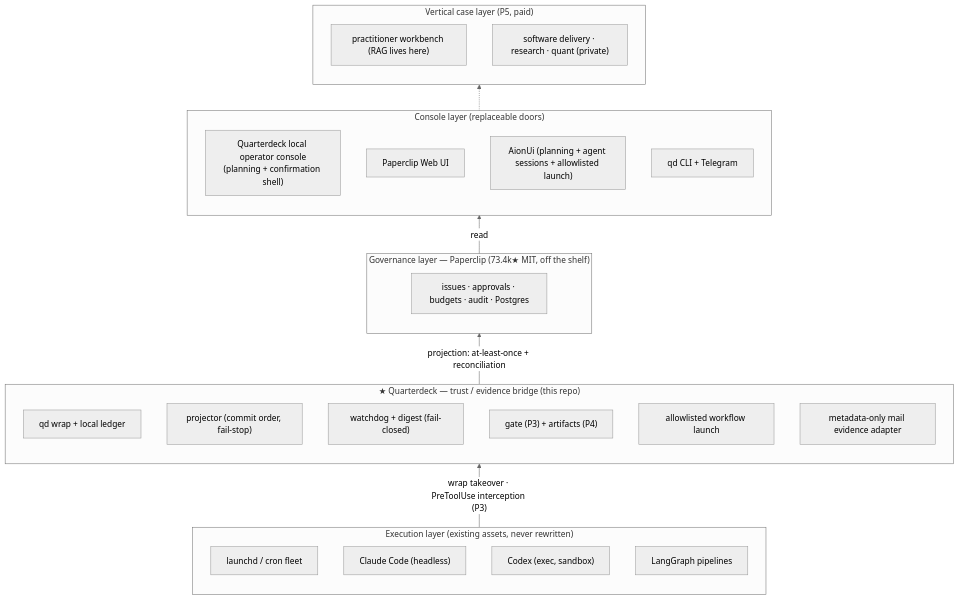
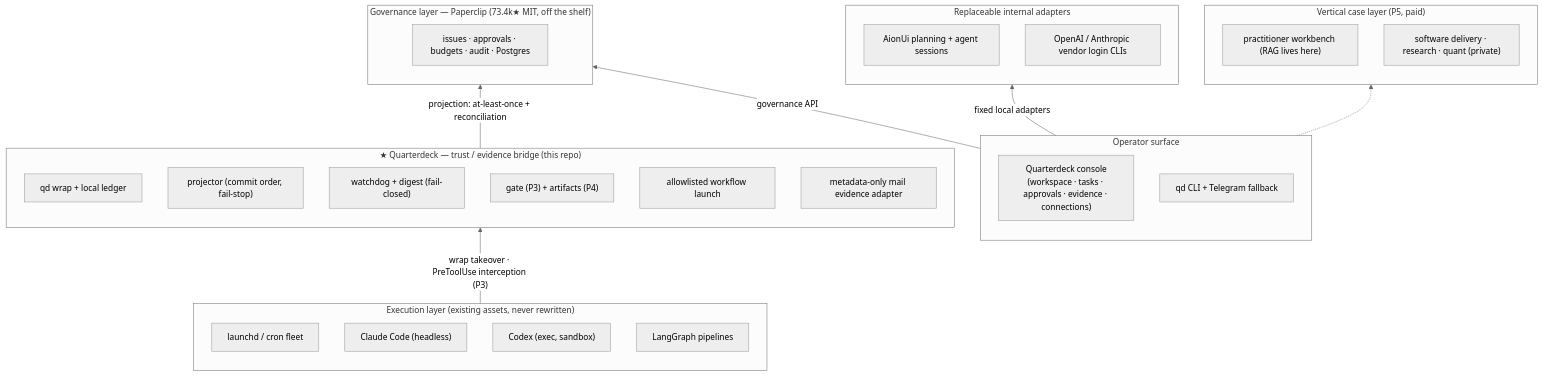
The diagram in docs/ARCHITECTURE.md (opswitness/opswitness), drawn with Mermaid (neutral theme) before and after one commit. The commit also changed other lines of this file and 21 other files, not shown here.

Commit message:
feat: make Quarterdeck the sole operator surface

````diff
--- a/docs/ARCHITECTURE.md
+++ b/docs/ARCHITECTURE.md
@@ -14,34 +14,37 @@
 ```mermaid
 flowchart BT
     subgraph E["Execution layer (existing assets, never rewritten)"]
         E1["launchd / cron fleet"]
         E2["Claude Code (headless)"]
         E3["Codex (exec, sandbox)"]
         E4["LangGraph pipelines"]
     end
     subgraph Q["★ Quarterdeck — trust / evidence bridge (this repo)"]
         Q1["qd wrap + local ledger"]
         Q2["projector (commit order, fail-stop)"]
         Q3["watchdog + digest (fail-closed)"]
         Q4["gate (P3) + artifacts (P4)"]
         Q5["allowlisted workflow launch"]
         Q6["metadata-only mail evidence adapter"]
     end
     subgraph P["Governance layer — Paperclip (73.4k★ MIT, off the shelf)"]
         P1["issues · approvals · budgets · audit · Postgres"]
     end
-    subgraph C["Console layer (replaceable doors)"]
-        C0["Quarterdeck local operator console<br/>(planning + confirmation shell)"]
-        C1["Paperclip Web UI"]
-        C2["AionUi (planning + agent sessions + allowlisted launch)"]
-        C3["qd CLI + Telegram"]
+    subgraph A["Replaceable internal adapters"]
+        A1["AionUi planning + agent sessions"]
+        A2["OpenAI / Anthropic vendor login CLIs"]
+    end
+    subgraph C["Operator surface"]
+        C0["Quarterdeck console<br/>(workspace · tasks · approvals · evidence · connections)"]
+        C1["qd CLI + Telegram fallback"]
     end
     subgraph V["Vertical case layer (P5, paid)"]
         V1["practitioner workbench (RAG lives here)"]
         V2["software delivery · research · quant (private)"]
     end
     E -->|"wrap takeover · PreToolUse interception (P3)"| Q
     Q -->|"projection: at-least-once + reconciliation"| P
-    P -->|read| C
+    C -->|fixed local adapters| A
+    C -->|governance API| P
     C -.-> V
 ```
````
